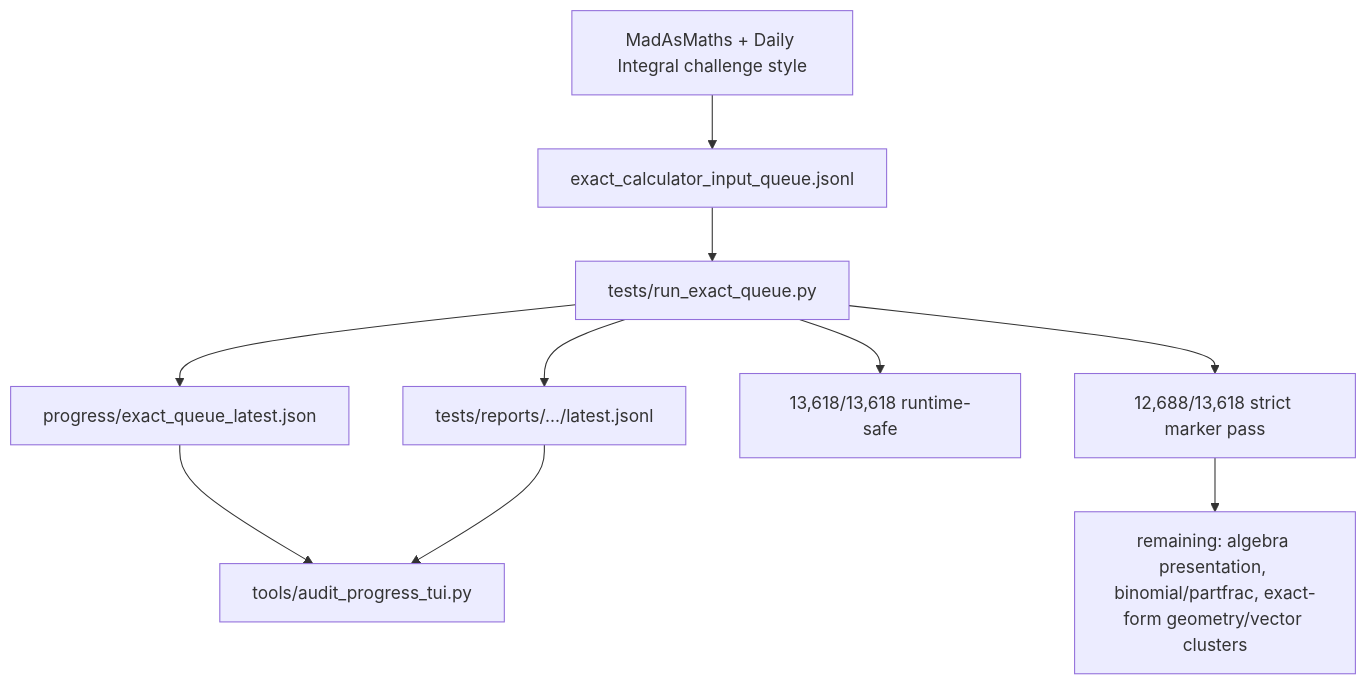
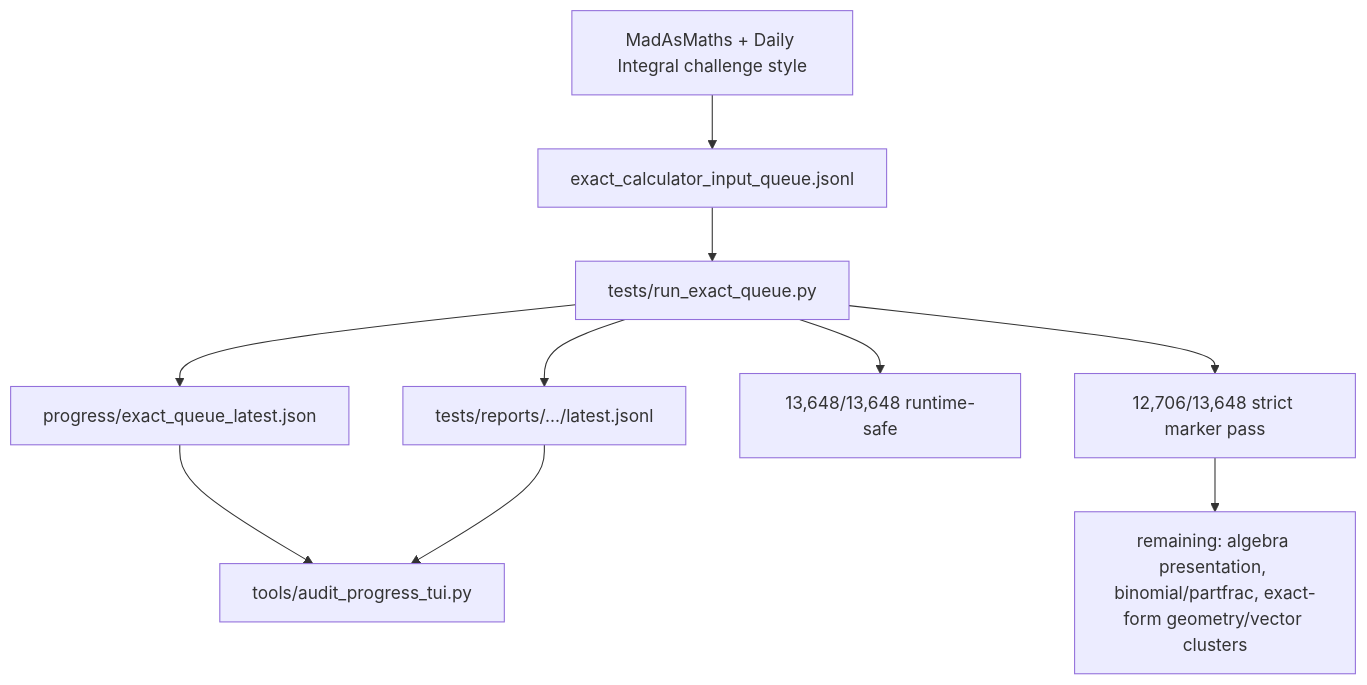
Before and after one commit to james8464/notes-addin-casio-fx-cg50: the fifth of 5 diagrams in docs/GRAPH.md, drawn with Mermaid. The commit also changed other lines of this file and 3 other files, not shown here.

````diff
--- a/docs/GRAPH.md
+++ b/docs/GRAPH.md
@@ -57,12 +57,12 @@
 ```mermaid
 graph TD
   Online["MadAsMaths + Daily Integral challenge style"] --> Queue["exact_calculator_input_queue.jsonl"]
   Queue --> Runner["tests/run_exact_queue.py"]
   Runner --> Live["progress/exact_queue_latest.json"]
   Runner --> Report["tests/reports/.../latest.jsonl"]
   Live --> TUI["tools/audit_progress_tui.py"]
   Report --> TUI
-  Runner --> Runtime["13,618/13,618 runtime-safe"]
-  Runner --> Strict["12,688/13,618 strict marker pass"]
+  Runner --> Runtime["13,648/13,648 runtime-safe"]
+  Runner --> Strict["12,706/13,648 strict marker pass"]
   Strict --> Remaining["remaining: algebra presentation, binomial/partfrac, exact-form geometry/vector clusters"]
 ```
````
